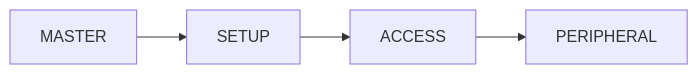
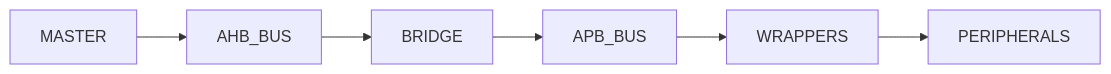
Before and after one commit to rajesh042005/APB-Peripheral-Wrappers---Verilog-RTL-Design: the second of 6 diagrams in README.md, drawn with Mermaid. The commit also changed other lines of this file, not shown here.

````diff
--- a/README.md
+++ b/README.md
@@ -43,6 +47,8 @@
 ```mermaid
 flowchart LR
-    MASTER --> SETUP
-    SETUP --> ACCESS
-    ACCESS --> PERIPHERAL
+    MASTER --> AHB_BUS
+    AHB_BUS --> BRIDGE
+    BRIDGE --> APB_BUS
+    APB_BUS --> WRAPPERS
+    WRAPPERS --> PERIPHERALS
 ```
````
